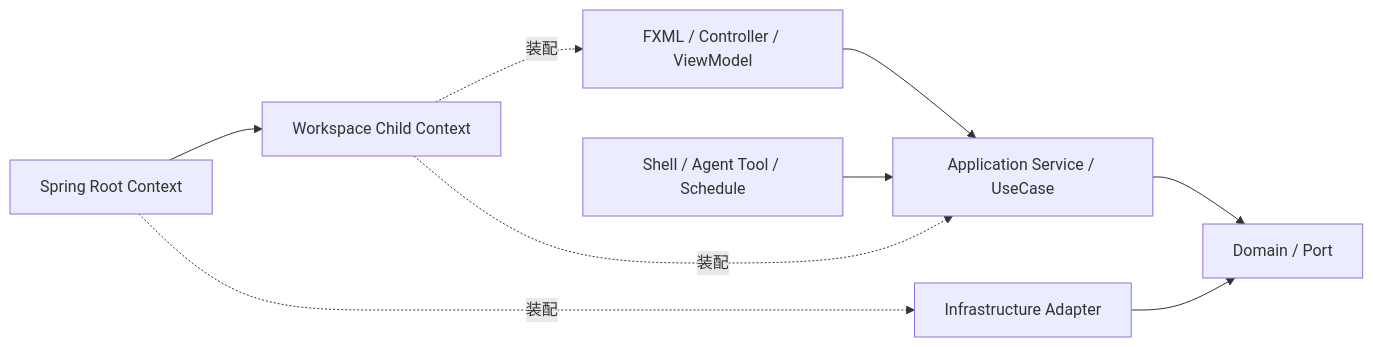
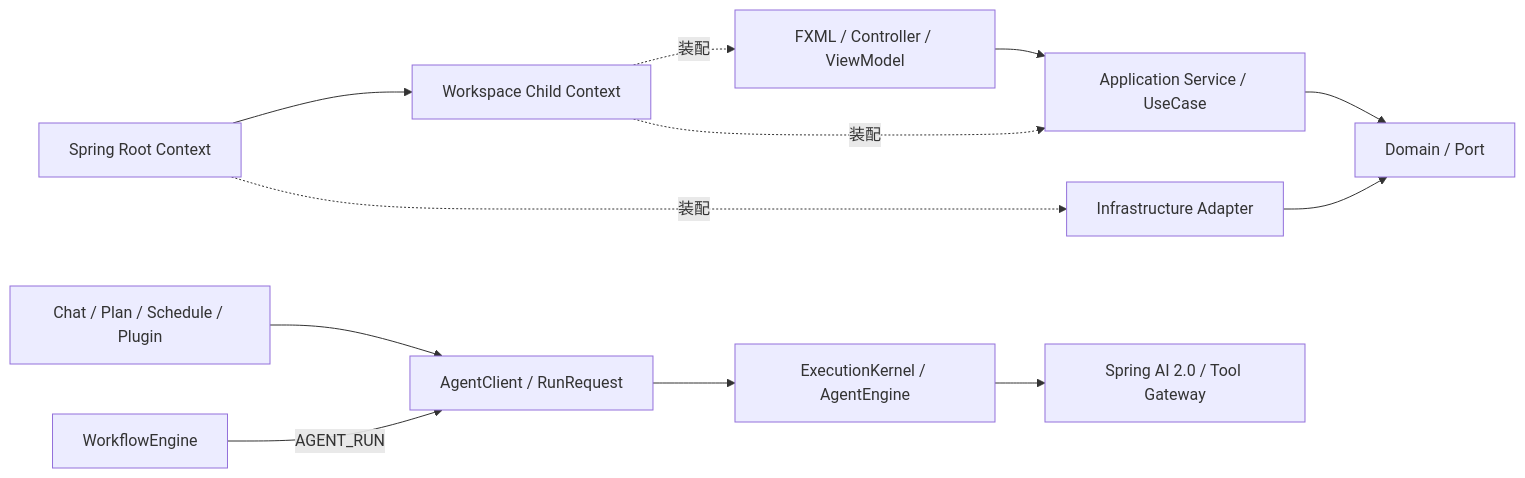
The diagram in docs/upgrade-3.0.md (CogniCodeGen/JavaClaw), drawn with Mermaid before and after one commit. The commit also changed other lines of this file and 438 other files, not shown here.

````diff
--- a/docs/upgrade-3.0.md
+++ b/docs/upgrade-3.0.md
@@ -75,11 +80,14 @@
 ```mermaid
 flowchart LR
     V["FXML / Controller / ViewModel"] --> A["Application Service / UseCase"]
     A --> D["Domain / Port"]
     I["Infrastructure Adapter"] --> D
-    S["Shell / Agent Tool / Schedule"] --> A
+    S["Chat / Plan / Schedule / Plugin"] --> C["AgentClient / RunRequest"]
+    C --> K["ExecutionKernel / AgentEngine"]
+    WFE["WorkflowEngine"] -->|"AGENT_RUN"| C
+    K --> SA["Spring AI 2.0 / Tool Gateway"]
     R["Spring Root Context"] --> W["Workspace Child Context"]
     R -. "装配" .-> I
     W -. "装配" .-> V
     W -. "装配" .-> A
 ```
````
